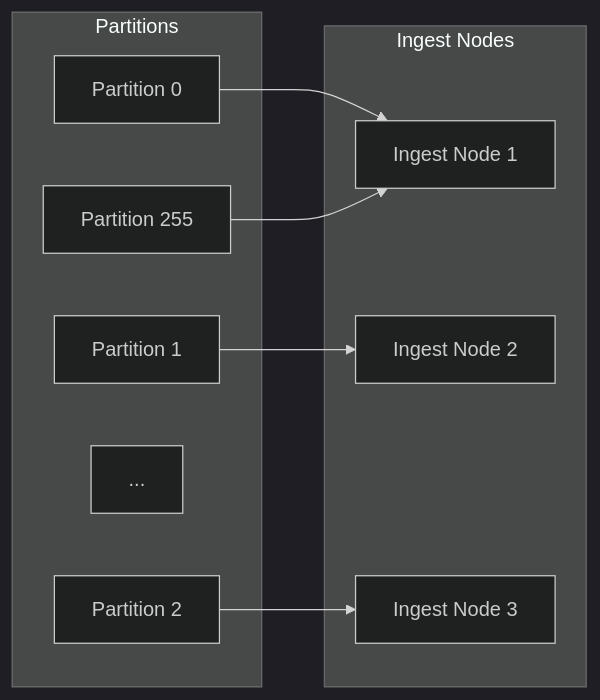
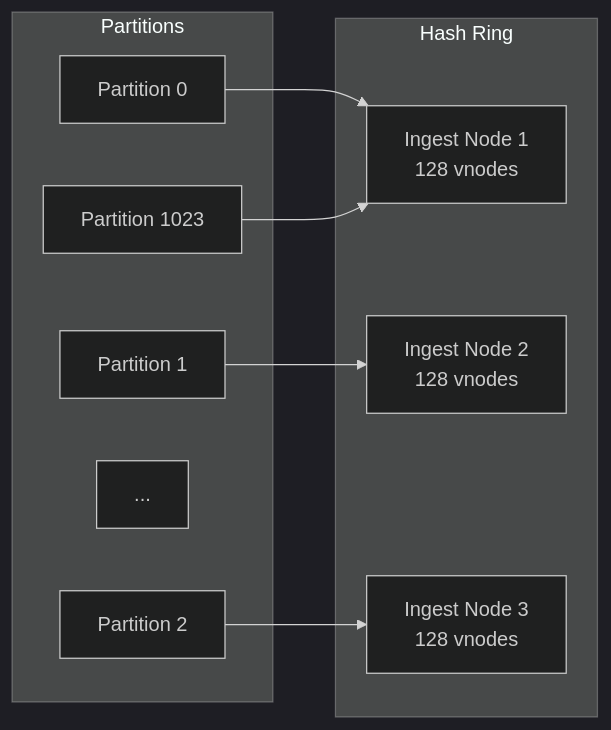
The first of 2 diagrams in docs/site/docs/architecture/distributed.md (lynxbase/lynxdb), drawn with Mermaid (dark theme) before and after one commit. The commit also changed other lines of this file and 74 other files, not shown here.

````diff
--- a/docs/site/docs/architecture/distributed.md
+++ b/docs/site/docs/architecture/distributed.md
@@ -91,21 +113,21 @@
 ```mermaid
 flowchart LR
     subgraph Partitions
         P0[Partition 0]
         P1[Partition 1]
         P2[Partition 2]
         P3[...]
-        P255[Partition 255]
+        P1023[Partition 1023]
     end
 
-    subgraph Ingest Nodes
-        I1[Ingest Node 1]
-        I2[Ingest Node 2]
-        I3[Ingest Node 3]
+    subgraph Hash Ring
+        I1[Ingest Node 1<br/>128 vnodes]
+        I2[Ingest Node 2<br/>128 vnodes]
+        I3[Ingest Node 3<br/>128 vnodes]
     end
 
     P0 --> I1
     P1 --> I2
     P2 --> I3
-    P255 --> I1
+    P1023 --> I1
 ```
````
